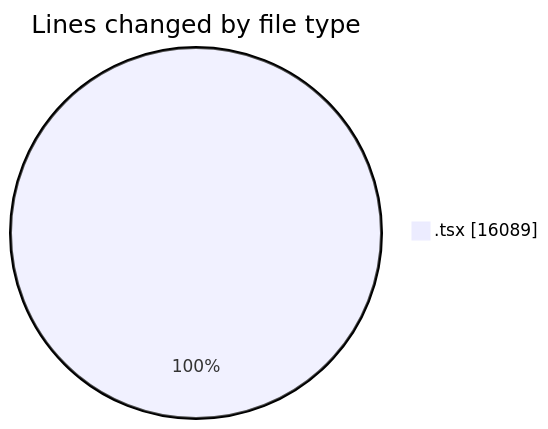
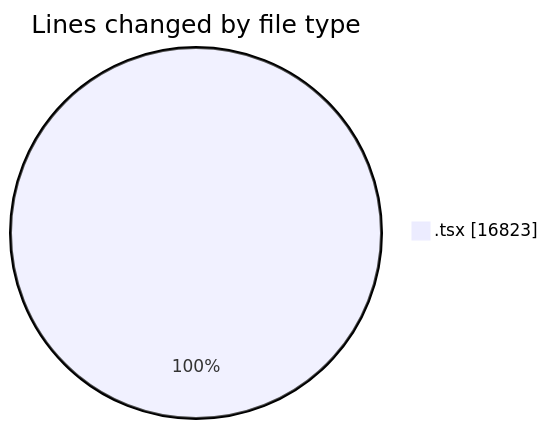
One commit to nxtqubesakshisongat/code-tracking changed the first of 2 diagrams in 2026-08-23/nxtqube_webapp/README.md. Above: the diagram before and after it, drawn with Mermaid. The commit also changed other lines of this file and 1 other file, not shown here.

````diff
--- a/2026-08-23/nxtqube_webapp/README.md
+++ b/2026-08-23/nxtqube_webapp/README.md
@@ -42,5 +45,5 @@
 ```mermaid
 pie showData
 title Lines changed by file type
-".tsx" : 16089
+".tsx" : 16823
 ```
````
